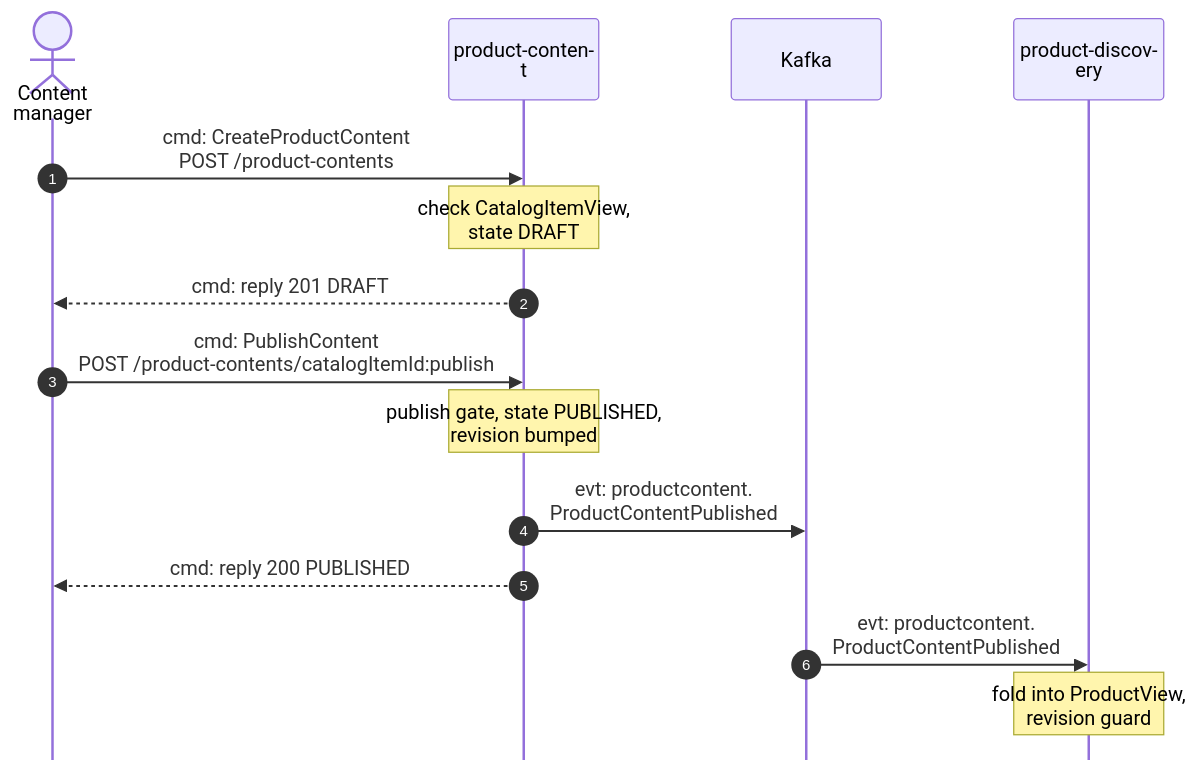
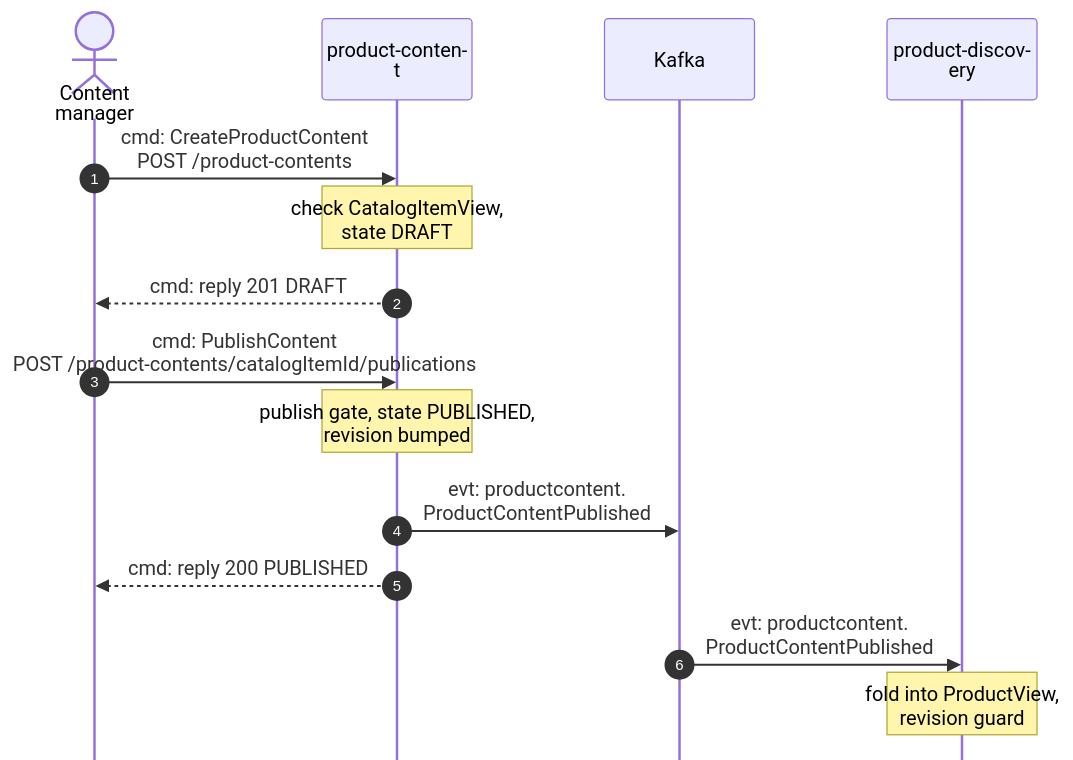
The first of 5 diagrams in storefront/docs/contexts/product-content/domain-message-flow.md (IQVO/warehouse-docs), drawn with Mermaid before and after one commit. The commit also changed other lines of this file and 272 other files, not shown here.

````diff
--- a/storefront/docs/contexts/product-content/domain-message-flow.md
+++ b/storefront/docs/contexts/product-content/domain-message-flow.md
@@ -26,18 +26,18 @@
 ```mermaid
 %%{init: {"sequence": {"wrap": true, "width": 120, "actorMargin": 24, "messageMargin": 28, "boxMargin": 6, "noteMargin": 6, "mirrorActors": false}}}%%
 sequenceDiagram
     autonumber
     actor CM as Content manager
     participant PC as product-content
     participant K as Kafka
     participant PD as product-discovery
     CM->>PC: cmd: CreateProductContent<br/>POST /product-contents
     Note over PC: check CatalogItemView,<br/>state DRAFT
     PC-->>CM: cmd: reply 201 DRAFT
-    CM->>PC: cmd: PublishContent<br/>POST /product-contents/catalogItemId:publish
+    CM->>PC: cmd: PublishContent<br/>POST /product-contents/catalogItemId/publications
     Note over PC: publish gate, state PUBLISHED,<br/>revision bumped
     PC->>K: evt: productcontent.<br/>ProductContentPublished
     PC-->>CM: cmd: reply 200 PUBLISHED
     K->>PD: evt: productcontent.<br/>ProductContentPublished
     Note over PD: fold into ProductView,<br/>revision guard
 ```
````
